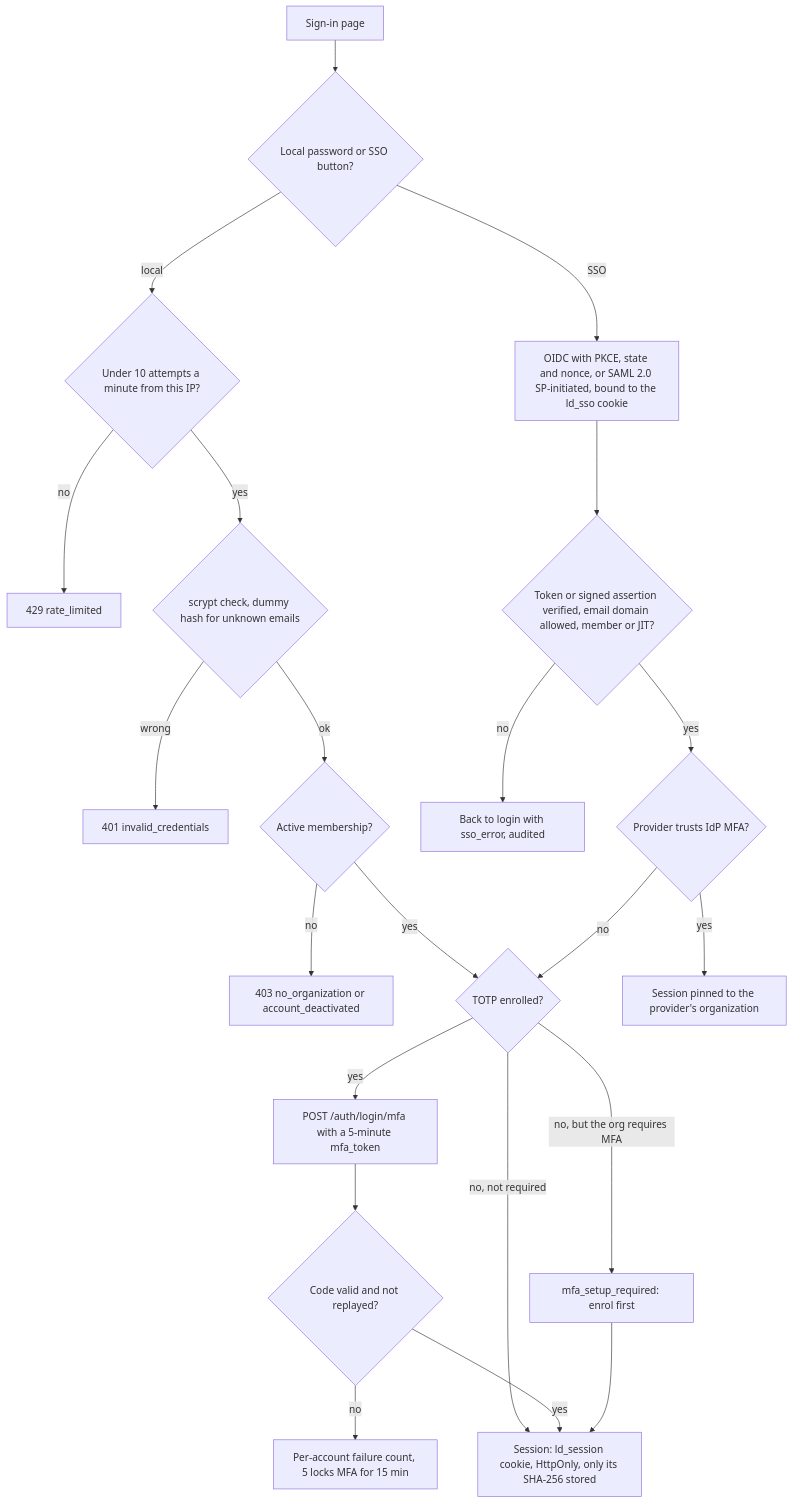
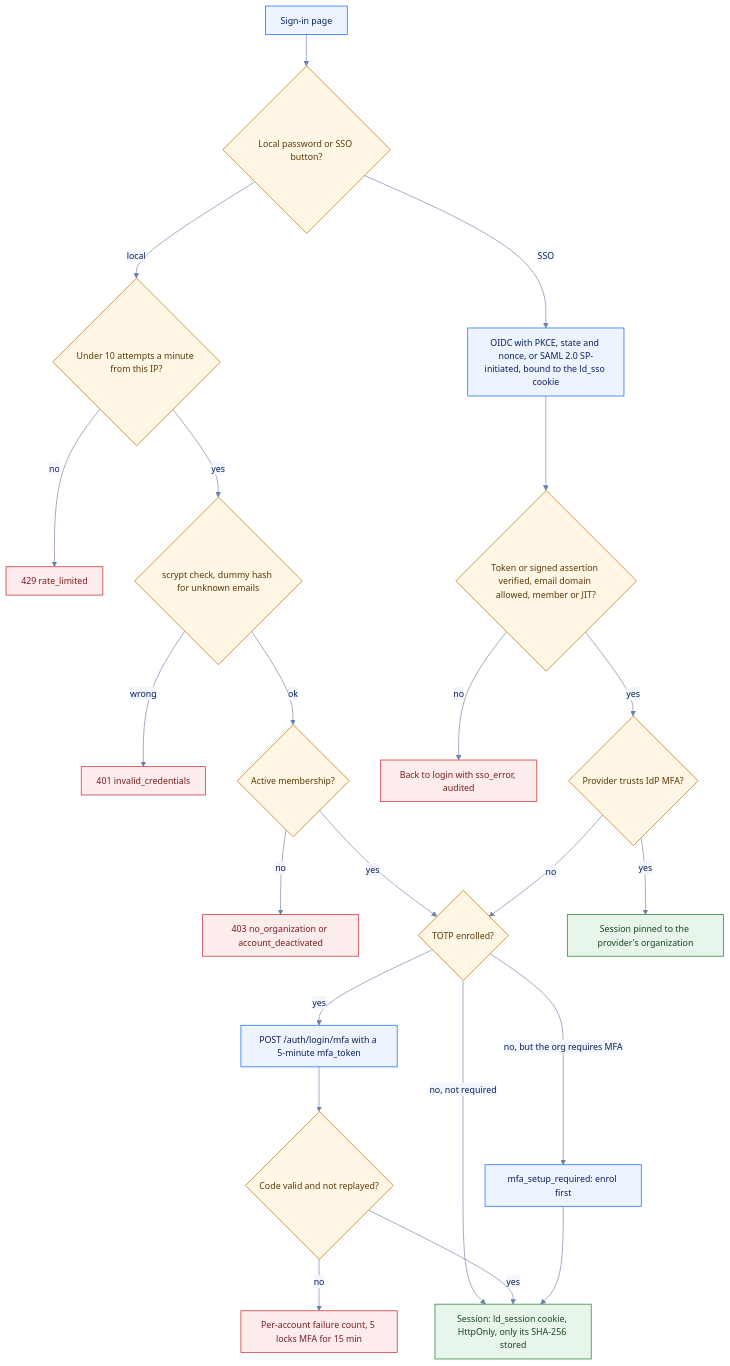
Diagram 11 of 11 in docs/architecture/flowcharts.md (MKhattab7050/nigafiy-platform), drawn with Mermaid before and after one commit. The commit also changed other lines of this file, not shown here.

First line of the commit message:
Flowcharts: brand-themed Mermaid and the illustrated figures on top of the key sections

````diff
--- a/docs/architecture/flowcharts.md
+++ b/docs/architecture/flowcharts.md
@@ -419,24 +519,34 @@
 ```mermaid
+%%{init: {"theme": "base", "themeVariables": {"fontFamily": "-apple-system, BlinkMacSystemFont, Segoe UI, Noto Sans, Helvetica, Arial, sans-serif", "fontSize": "14px", "primaryColor": "#EEF4FF", "primaryTextColor": "#0B1F5C", "primaryBorderColor": "#1A73FF", "secondaryColor": "#F3F6FC", "tertiaryColor": "#FFFFFF", "lineColor": "#6B7FA8", "textColor": "#6B7FA8", "titleColor": "#6B7FA8", "clusterBkg": "#F7F9FE", "clusterBorder": "#9DB4E8", "edgeLabelBackground": "#F3F6FC", "actorBkg": "#EEF4FF", "actorBorder": "#1A73FF", "actorTextColor": "#0B1F5C", "actorLineColor": "#9DB4E8", "signalColor": "#6B7FA8", "signalTextColor": "#6B7FA8", "labelBoxBkgColor": "#EEF4FF", "labelBoxBorderColor": "#1A73FF", "labelTextColor": "#0B1F5C", "loopTextColor": "#6B7FA8", "noteBkgColor": "#FFF6E5", "noteBorderColor": "#C27C0E", "noteTextColor": "#5A3A05", "activationBkgColor": "#DCE8FF", "activationBorderColor": "#1A73FF", "sequenceNumberColor": "#FFFFFF"}, "flowchart": {"curve": "basis", "padding": 12}}}%%
 flowchart TD
   START["Sign-in page"] --> KIND{"Local password or SSO button?"}
   KIND -->|local| LIM{"Under 10 attempts a minute from this IP?"}
   LIM -->|no| R429["429 rate_limited"]
   LIM -->|yes| PW{"scrypt check, dummy hash for unknown emails"}
   PW -->|wrong| R401["401 invalid_credentials"]
   PW -->|ok| MEM{"Active membership?"}
   MEM -->|no| R403["403 no_organization or account_deactivated"]
   MEM -->|yes| HAS{"TOTP enrolled?"}
   HAS -->|yes| TOTP["POST /auth/login/mfa with a 5-minute mfa_token"]
   HAS -->|"no, but the org requires MFA"| ENROL["mfa_setup_required: enrol first"]
   HAS -->|"no, not required"| SESS["Session: ld_session cookie, HttpOnly, only its SHA-256 stored"]
   TOTP --> CODE{"Code valid and not replayed?"}
   CODE -->|no| CNT["Per-account failure count, 5 locks MFA for 15 min"]
   CODE -->|yes| SESS
   ENROL --> SESS
   KIND -->|SSO| SSO["OIDC with PKCE, state and nonce, or SAML 2.0 SP-initiated, bound to the ld_sso cookie"]
   SSO --> VER{"Token or signed assertion verified, email domain allowed, member or JIT?"}
   VER -->|no| ERR["Back to login with sso_error, audited"]
   VER -->|yes| TRUST{"Provider trusts IdP MFA?"}
   TRUST -->|yes| PIN["Session pinned to the provider's organization"]
   TRUST -->|no| HAS
+  classDef default fill:#EEF4FF,stroke:#1A73FF,stroke-width:1.2px,color:#0B1F5C
+  classDef decision fill:#FFF6E5,stroke:#C27C0E,stroke-width:1.2px,color:#5A3A05
+  classDef data fill:#E3F5F9,stroke:#0099BC,stroke-width:1.2px,color:#053F4D
+  classDef external fill:#F3F6FC,stroke:#6B7FA8,stroke-width:1.2px,stroke-dasharray:4 3,color:#0B1F5C
+  classDef refused fill:#FDECEC,stroke:#D13438,stroke-width:1.2px,color:#7A1C1F
+  classDef good fill:#E8F5EA,stroke:#2E8540,stroke-width:1.2px,color:#17461F
+  class KIND,LIM,PW,MEM,HAS,CODE,VER,TRUST decision
+  class R429,R401,R403,CNT,ERR refused
+  class SESS,PIN good
 ```
````
